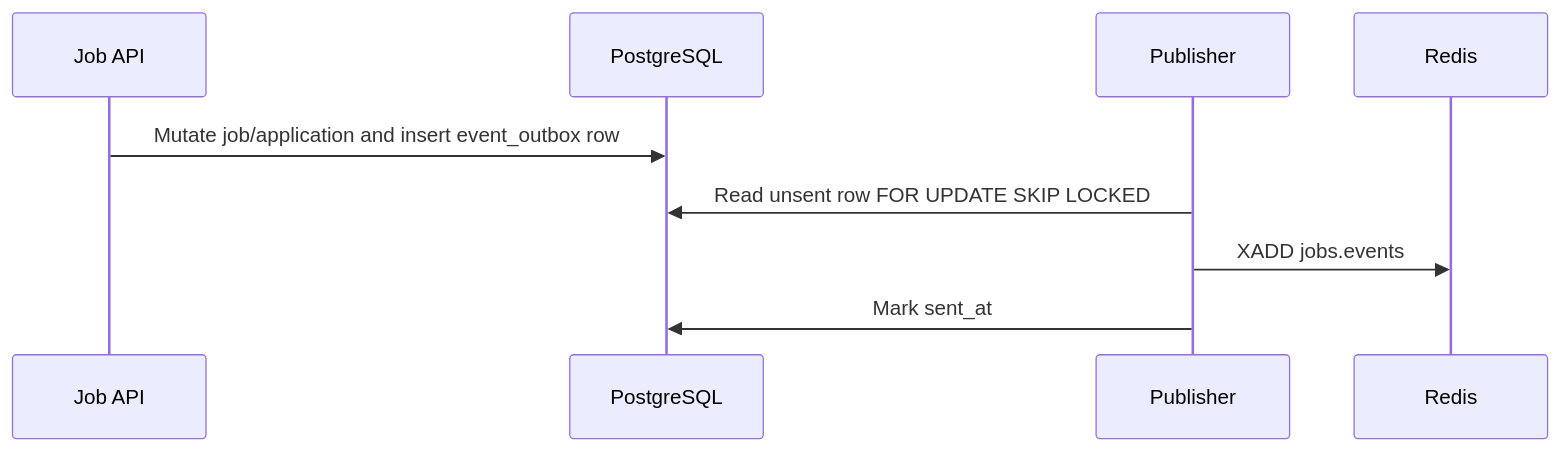
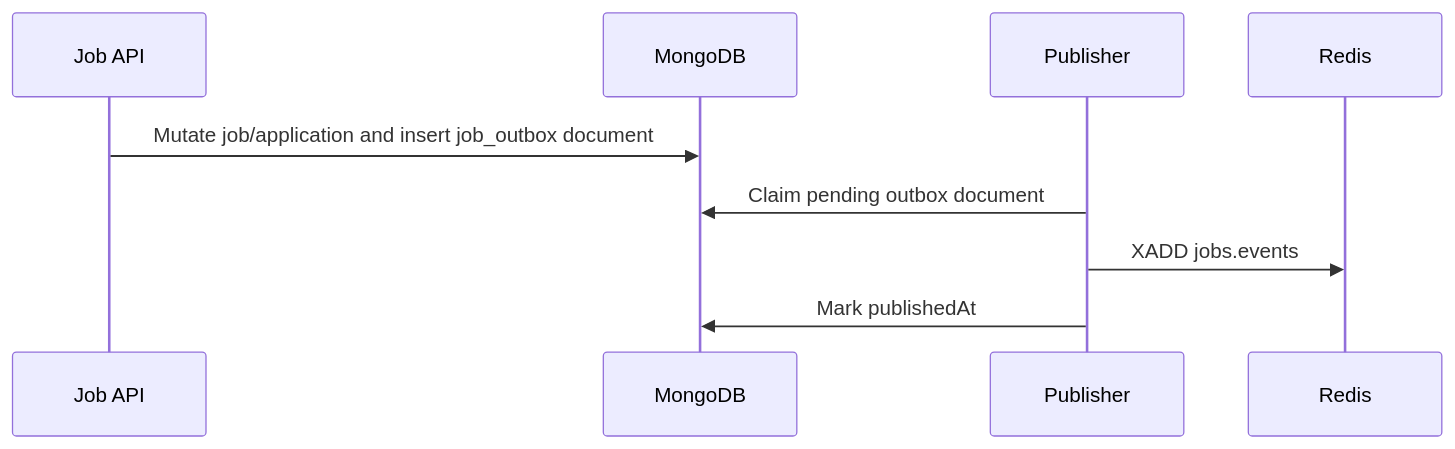
Before and after one commit to zgid123/master-project-advanced-database: the seventh of 7 diagrams in ARCHITECTURE.md, drawn with Mermaid. The commit also changed other lines of this file and 39 other files, not shown here.

First line of the commit message:
refactor: migrate job service to MongoDB and update job types (#43)

````diff
--- a/ARCHITECTURE.md
+++ b/ARCHITECTURE.md
@@ -584,12 +585,12 @@
 ```mermaid
 sequenceDiagram
   participant API as Job API
-  participant Pg as PostgreSQL
+  participant Mongo as MongoDB
   participant Publisher
   participant Redis
 
-  API->>Pg: Mutate job/application and insert event_outbox row
-  Publisher->>Pg: Read unsent row FOR UPDATE SKIP LOCKED
+  API->>Mongo: Mutate job/application and insert job_outbox document
+  Publisher->>Mongo: Claim pending outbox document
   Publisher->>Redis: XADD jobs.events
-  Publisher->>Pg: Mark sent_at
+  Publisher->>Mongo: Mark publishedAt
 ```
````
